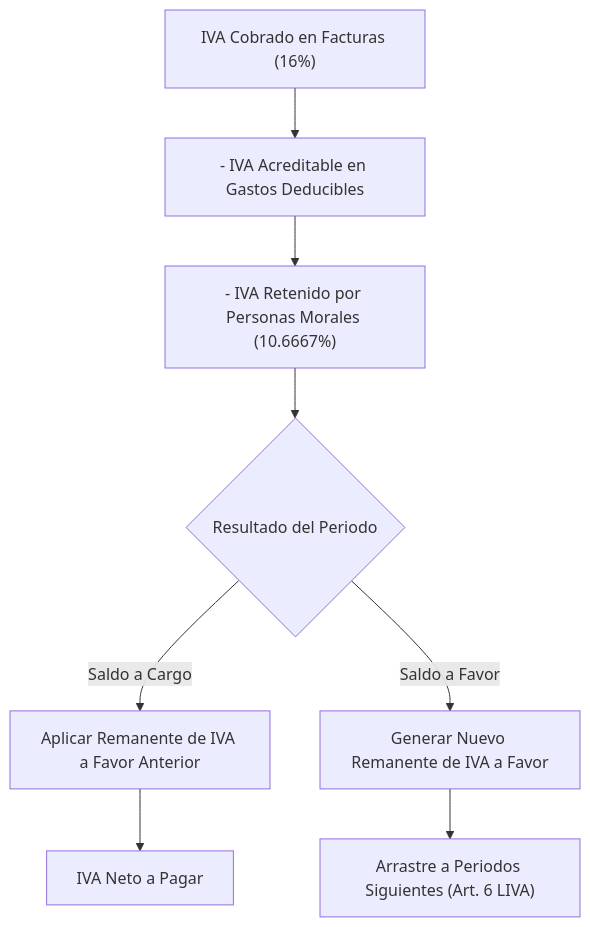
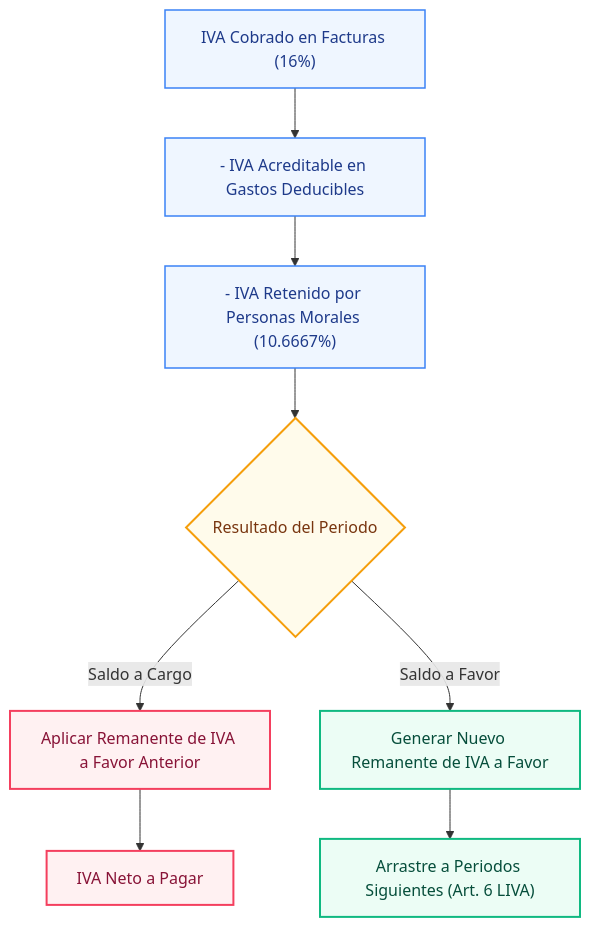
One commit to shellaquiles/tribuTACOS changed the second of 2 diagrams in docs/03_motor_fiscal_algoritmos.md. Above: the diagram before and after it, drawn with Mermaid. The commit also changed other lines of this file and 6 other files, not shown here.

Commit message:
refactor: standardize documentation diagrams with vertical orientation and consistent color-coded styling

````diff
--- a/docs/03_motor_fiscal_algoritmos.md
+++ b/docs/03_motor_fiscal_algoritmos.md
@@ -68,12 +79,22 @@
 ```mermaid
 flowchart TD
     A["IVA Cobrado en Facturas (16%)"] --> B["- IVA Acreditable en Gastos Deducibles"]
     B --> C["- IVA Retenido por Personas Morales (10.6667%)"]
     C --> D{"Resultado del Periodo"}
     
     D -->|Saldo a Cargo| E["Aplicar Remanente de IVA a Favor Anterior"]
     E --> F["IVA Neto a Pagar"]
     
     D -->|Saldo a Favor| G["Generar Nuevo Remanente de IVA a Favor"]
     G --> H["Arrastre a Periodos Siguientes (Art. 6 LIVA)"]
+
+    classDef baseNode fill:#eff6ff,stroke:#3b82f6,stroke-width:1.5px,color:#1e3a8a;
+    classDef decNode fill:#fffbeb,stroke:#f59e0b,stroke-width:2px,color:#78350f;
+    classDef payNode fill:#fff1f2,stroke:#f43f5e,stroke-width:2px,color:#881337;
+    classDef favorNode fill:#ecfdf5,stroke:#10b981,stroke-width:2px,color:#064e3b;
+
+    class A,B,C baseNode;
+    class D decNode;
+    class E,F payNode;
+    class G,H favorNode;
 ```
````
